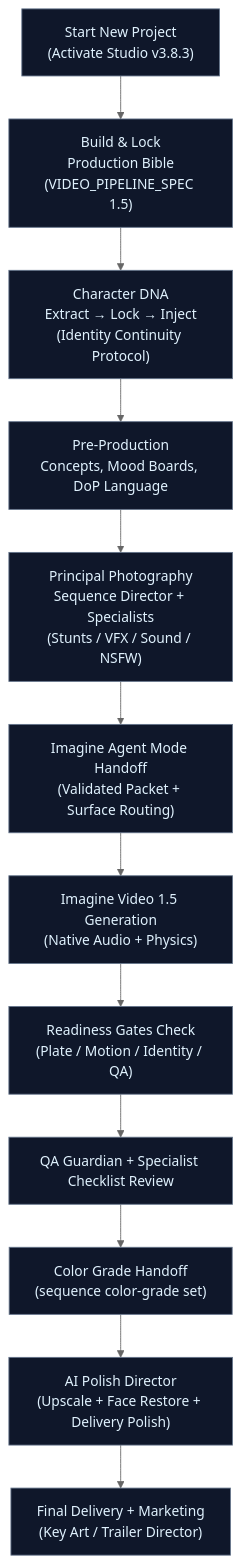
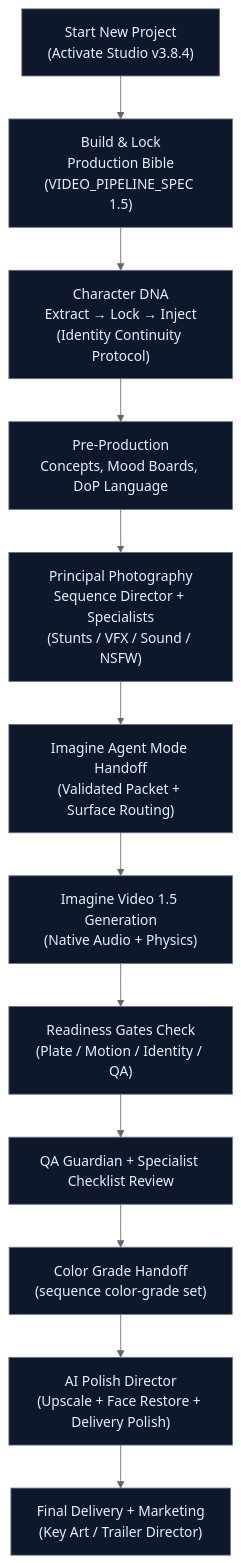
Before and after one commit to FineComputer14451/Grok-Imagine-Cinematic-Studio: the second of 2 diagrams in README.md, drawn with Mermaid (neutral theme). The commit also changed other lines of this file and 18 other files, not shown here.

````diff
--- a/README.md
+++ b/README.md
@@ -139,17 +140,17 @@
 ```mermaid
 flowchart TD
-    Start["Start New Project<br/>(Activate Studio v3.8.3)"] --> Bible["Build & Lock<br/>Production Bible<br/>(VIDEO_PIPELINE_SPEC 1.5)"]
+    Start["Start New Project<br/>(Activate Studio v3.8.4)"] --> Bible["Build & Lock<br/>Production Bible<br/>(VIDEO_PIPELINE_SPEC 1.5)"]
     Bible --> DNA["Character DNA<br/>Extract → Lock → Inject<br/>(Identity Continuity Protocol)"]
     DNA --> PreProd["Pre-Production<br/>Concepts, Mood Boards, DoP Language"]
     PreProd --> Principal["Principal Photography<br/>Sequence Director + Specialists<br/>(Stunts / VFX / Sound / NSFW)"]
     Principal --> Handoff["Imagine Agent Mode Handoff<br/>(Validated Packet + Surface Routing)"]
     Handoff --> Generate["Imagine Video 1.5 Generation<br/>(Native Audio + Physics)"]
     Generate --> Gates["Readiness Gates Check<br/>(Plate / Motion / Identity / QA)"]
     Gates --> Review["QA Guardian + Specialist Checklist Review"]
     Review --> Color["Color Grade Handoff<br/>(sequence color-grade set)"]
     Color --> Polish["AI Polish Director<br/>(Upscale + Face Restore + Delivery Polish)"]
     Polish --> Deliver["Final Delivery + Marketing<br/>(Key Art / Trailer Director)"]
 
     classDef step fill:#0f172a,stroke:#64748b,color:#e0f2fe
     class Start,Bible,DNA,PreProd,Principal,Handoff,Generate,Gates,Review,Color,Polish,Deliver step
 ```
````
